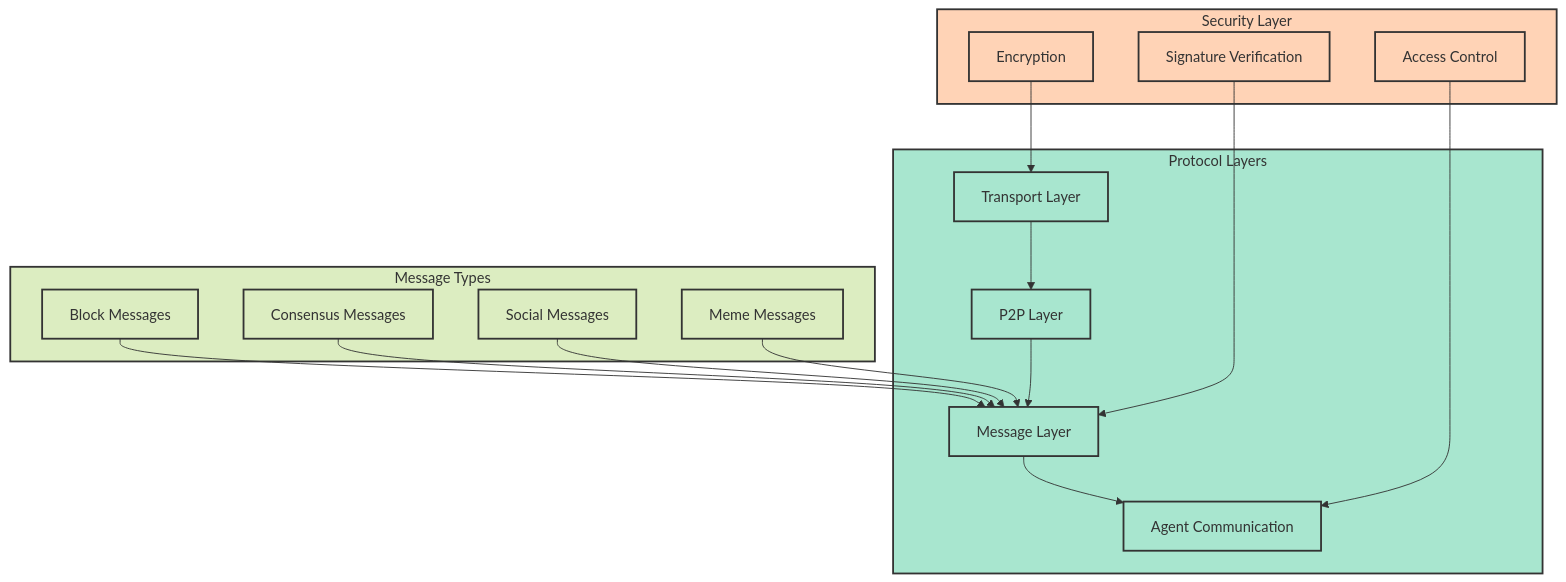
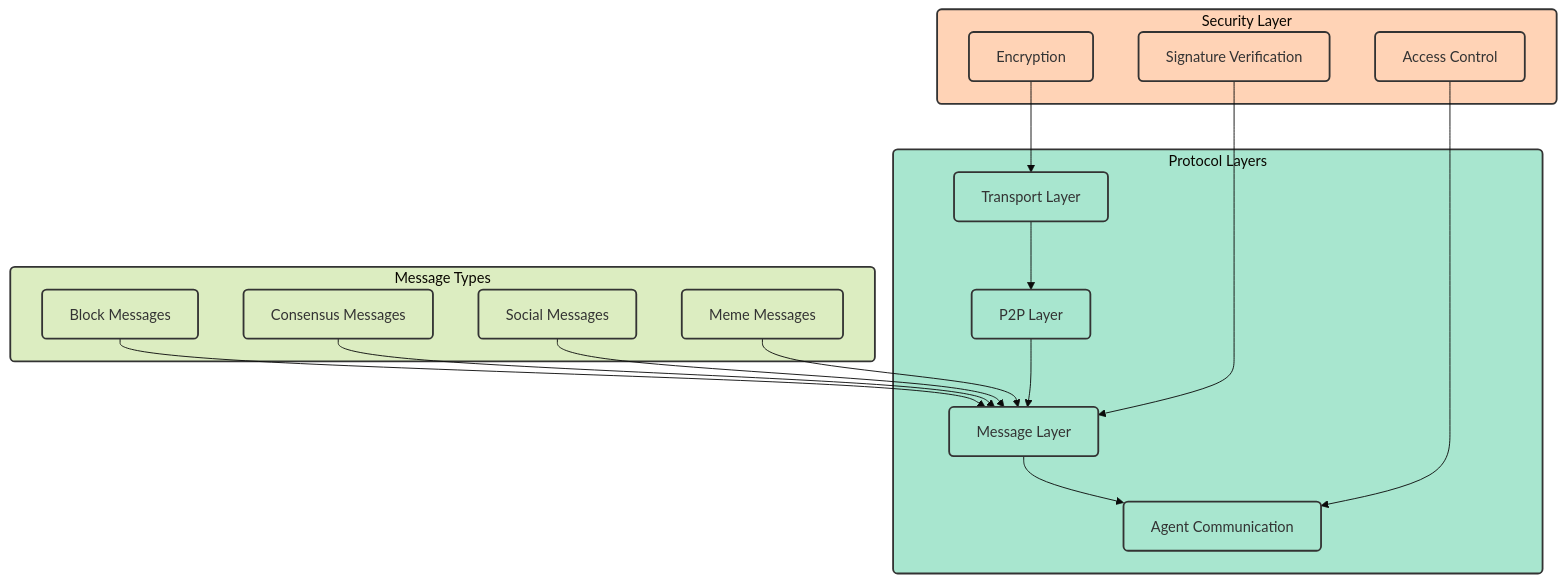
One commit to SumeetChougule/chaoschain changed the fifth of 6 diagrams in docs/introduction/architecture.md. Above: the diagram before and after it, drawn with Mermaid. The commit also changed other lines of this file, not shown here.

Commit message:
Improve System Overview diagram contrast and readability

````diff
--- a/docs/introduction/architecture.md
+++ b/docs/introduction/architecture.md
@@ -181,42 +177,43 @@
 ```mermaid
+%%{init: {'theme': 'base', 'themeVariables': { 'fontSize': '16px', 'fontFamily': 'arial' }}}%%
 flowchart TB
     subgraph Protocol["Protocol Layers"]
         T["Transport Layer"]
         P["P2P Layer"]
         M["Message Layer"]
         A["Agent Communication"]
     end
     
     subgraph Messages["Message Types"]
         B["Block Messages"]
         C["Consensus Messages"]
         S["Social Messages"]
         ME["Meme Messages"]
     end
     
     subgraph Security["Security Layer"]
         E["Encryption"]
         SI["Signature Verification"]
         AC["Access Control"]
     end
     
     T --> P
     P --> M
     M --> A
     B --> M
     C --> M
     S --> M
     ME --> M
     E --> T
     SI --> M
     AC --> A
     
-    classDef default fill:#f8f9fa,stroke:#333,stroke-width:2px
-    classDef protocol fill:#a8e6cf,stroke:#333,stroke-width:2px
-    classDef messages fill:#dcedc1,stroke:#333,stroke-width:2px
-    classDef security fill:#ffd3b6,stroke:#333,stroke-width:2px
+    classDef default fill:#f8f9fa,stroke:#333,stroke-width:2px,rx:5,ry:5
+    classDef protocol fill:#a8e6cf,stroke:#333,stroke-width:2px,rx:5,ry:5
+    classDef messages fill:#dcedc1,stroke:#333,stroke-width:2px,rx:5,ry:5
+    classDef security fill:#ffd3b6,stroke:#333,stroke-width:2px,rx:5,ry:5
     
     class T,P,M,A,Protocol protocol
     class B,C,S,ME,Messages messages
     class E,SI,AC,Security security
 ```
````
